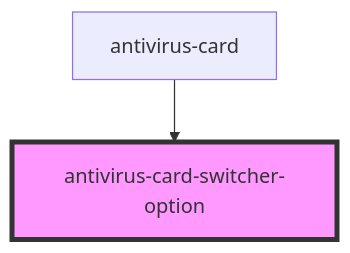
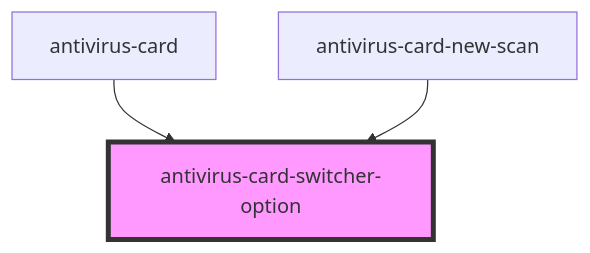
Before and after one commit to ispsystem/plugin-imunify: the diagram in client/packages/antivirus-card/src/components/switcher-option/readme.md, drawn with Mermaid. The commit also changed other lines of this file and 30 other files, not shown here.

````diff
--- a/client/packages/antivirus-card/src/components/switcher-option/readme.md
+++ b/client/packages/antivirus-card/src/components/switcher-option/readme.md
@@ -32,5 +33,6 @@
 ```mermaid
 graph TD;
   antivirus-card --> antivirus-card-switcher-option
+  antivirus-card-new-scan --> antivirus-card-switcher-option
   style antivirus-card-switcher-option fill:#f9f,stroke:#333,stroke-width:4px
 ```
````
